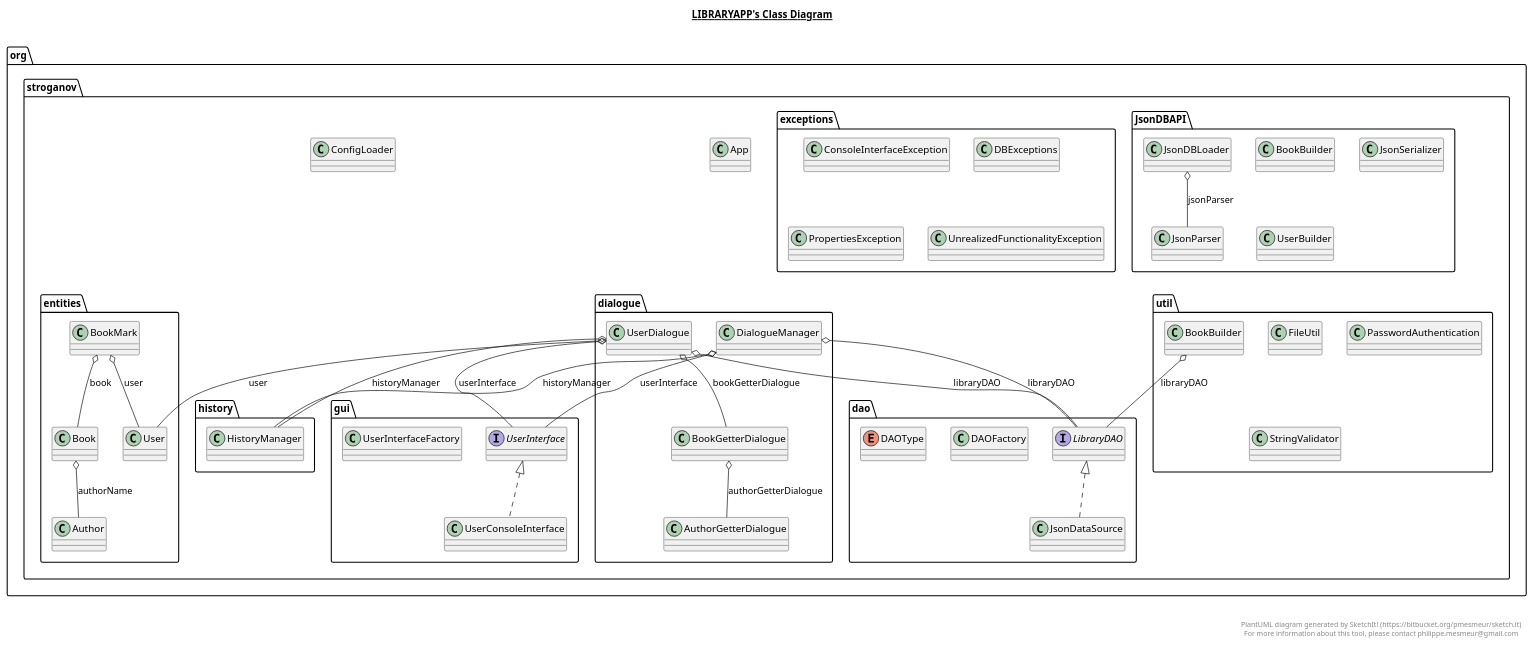
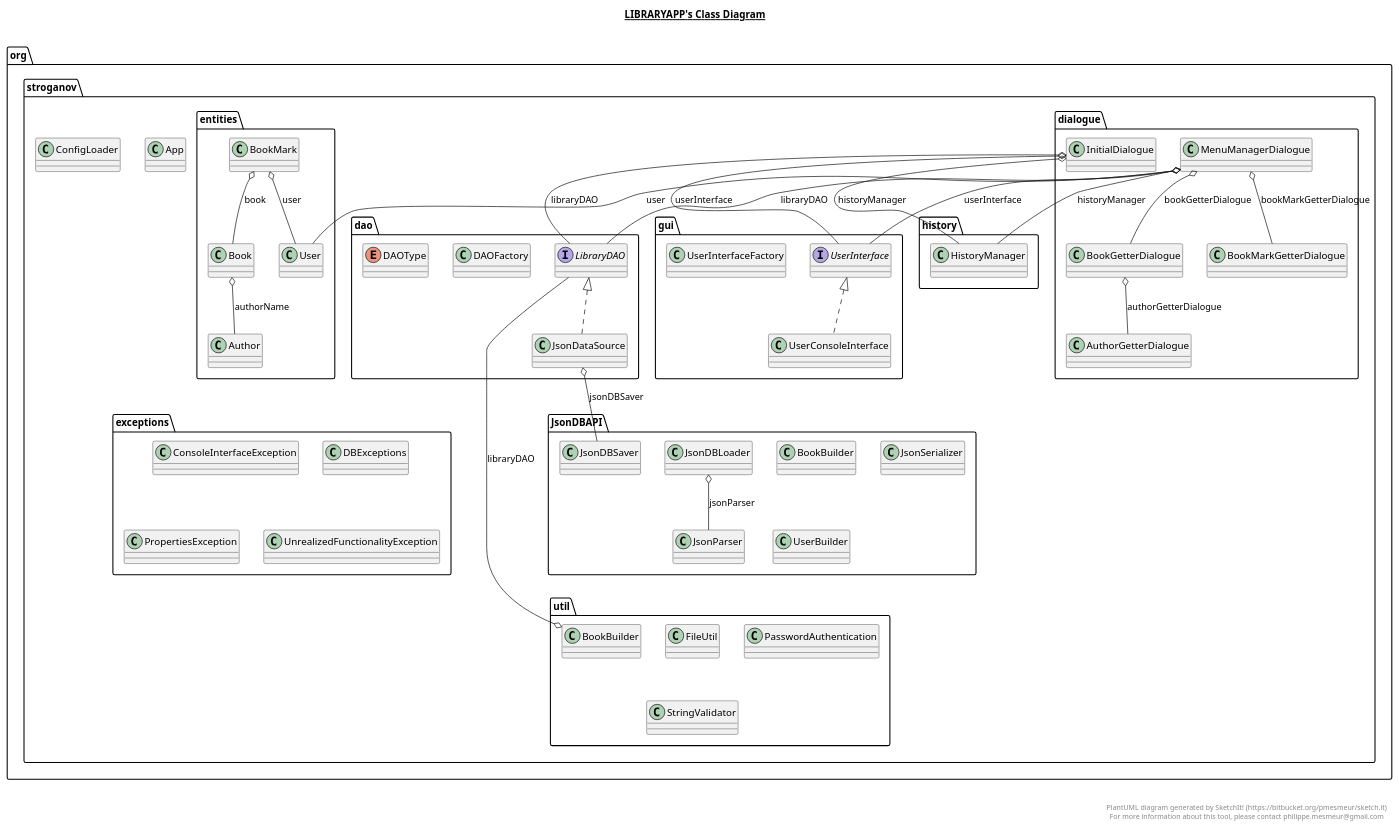
The diagram in LibraryApp.plantuml (SergeyStroganoff/LibraryApp), drawn with PlantUML before and after one commit. The commit also changed 8 other files, not shown here.

Commit message:
MenuManagerDialogue in progress - user options realized.

```diff
--- a/LibraryApp.plantuml
+++ b/LibraryApp.plantuml
@@ -25,6 +25,14 @@
   namespace org.stroganov {
     namespace JsonDBAPI {
       class org.stroganov.JsonDBAPI.JsonDBLoader {
+      }
+    }
+  }
+  
+
+  namespace org.stroganov {
+    namespace JsonDBAPI {
+      class org.stroganov.JsonDBAPI.JsonDBSaver {
       }
     }
   }
@@ -104,7 +112,7 @@
 
   namespace org.stroganov {
     namespace dialogue {
-      class org.stroganov.dialogue.DialogueManager {
+      class org.stroganov.dialogue.BookMarkGetterDialogue {
       }
     }
   }
@@ -112,7 +120,15 @@
 
   namespace org.stroganov {
     namespace dialogue {
-      class org.stroganov.dialogue.UserDialogue {
+      class org.stroganov.dialogue.InitialDialogue {
+      }
+    }
+  }
+  
+
+  namespace org.stroganov {
+    namespace dialogue {
+      class org.stroganov.dialogue.MenuManagerDialogue {
       }
     }
   }
@@ -248,15 +264,17 @@
 
   org.stroganov.JsonDBAPI.JsonDBLoader o-- org.stroganov.JsonDBAPI.JsonParser : jsonParser
   org.stroganov.dao.JsonDataSource .up.|> org.stroganov.dao.LibraryDAO
+  org.stroganov.dao.JsonDataSource o-- org.stroganov.JsonDBAPI.JsonDBSaver : jsonDBSaver
   org.stroganov.dialogue.BookGetterDialogue o-- org.stroganov.dialogue.AuthorGetterDialogue : authorGetterDialogue
-  org.stroganov.dialogue.DialogueManager o-- org.stroganov.history.HistoryManager : historyManager
-  org.stroganov.dialogue.DialogueManager o-- org.stroganov.dao.LibraryDAO : libraryDAO
-  org.stroganov.dialogue.DialogueManager o-- org.stroganov.gui.UserInterface : userInterface
-  org.stroganov.dialogue.UserDialogue o-- org.stroganov.dialogue.BookGetterDialogue : bookGetterDialogue
-  org.stroganov.dialogue.UserDialogue o-- org.stroganov.history.HistoryManager : historyManager
-  org.stroganov.dialogue.UserDialogue o-- org.stroganov.dao.LibraryDAO : libraryDAO
-  org.stroganov.dialogue.UserDialogue o-- org.stroganov.entities.User : user
-  org.stroganov.dialogue.UserDialogue o-- org.stroganov.gui.UserInterface : userInterface
+  org.stroganov.dialogue.InitialDialogue o-- org.stroganov.history.HistoryManager : historyManager
+  org.stroganov.dialogue.InitialDialogue o-- org.stroganov.dao.LibraryDAO : libraryDAO
+  org.stroganov.dialogue.InitialDialogue o-- org.stroganov.gui.UserInterface : userInterface
+  org.stroganov.dialogue.MenuManagerDialogue o-- org.stroganov.dialogue.BookGetterDialogue : bookGetterDialogue
+  org.stroganov.dialogue.MenuManagerDialogue o-- org.stroganov.dialogue.BookMarkGetterDialogue : bookMarkGetterDialogue
+  org.stroganov.dialogue.MenuManagerDialogue o-- org.stroganov.history.HistoryManager : historyManager
+  org.stroganov.dialogue.MenuManagerDialogue o-- org.stroganov.dao.LibraryDAO : libraryDAO
+  org.stroganov.dialogue.MenuManagerDialogue o-- org.stroganov.entities.User : user
+  org.stroganov.dialogue.MenuManagerDialogue o-- org.stroganov.gui.UserInterface : userInterface
   org.stroganov.entities.Book o-- org.stroganov.entities.Author : authorName
   org.stroganov.entities.BookMark o-- org.stroganov.entities.Book : book
   org.stroganov.entities.BookMark o-- org.stroganov.entities.User : user
```
